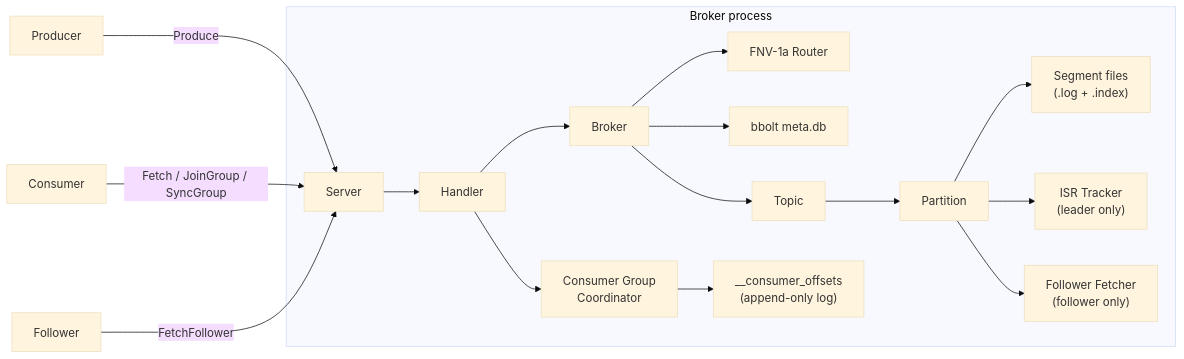
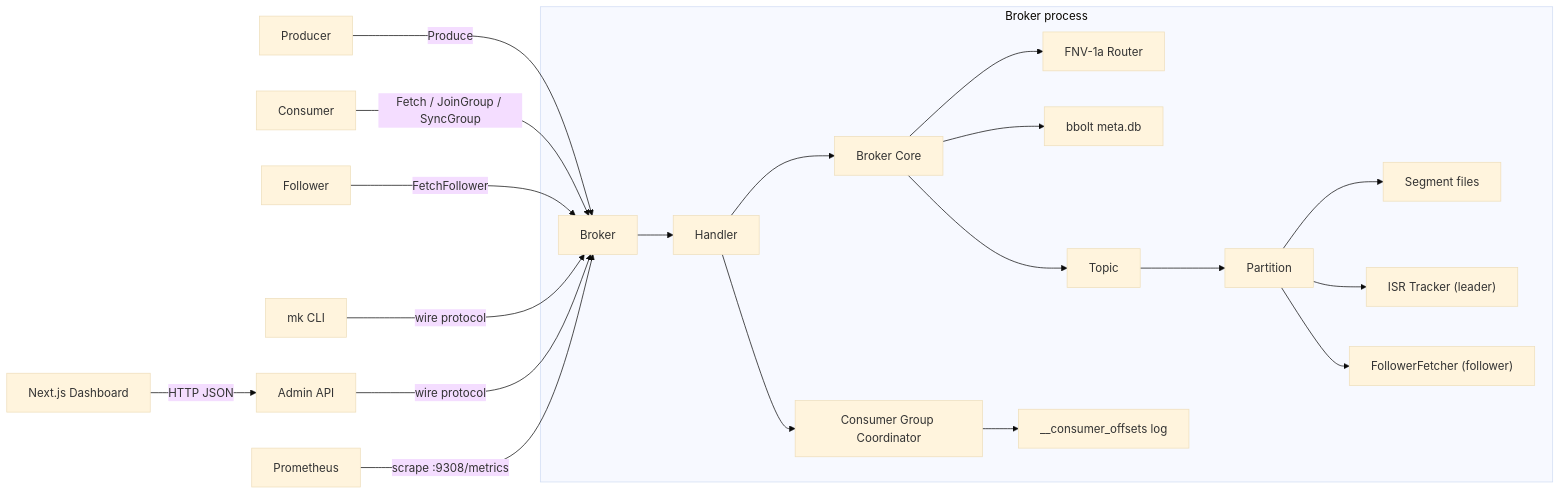
The diagram in README.md (Utkarsh272/mini-kafka), drawn with Mermaid (base theme) before and after one commit. The commit also changed other lines of this file and 8 other files, not shown here.

First line of the commit message:
Day 18: Prometheus metrics, Grafana dashboard, final README

````diff
--- a/README.md
+++ b/README.md
@@ -92,19 +133,23 @@
 ```mermaid
 graph LR
-    Producer -->|Produce| Server
-    Consumer -->|Fetch / JoinGroup / SyncGroup| Server
-    Follower -->|FetchFollower| Server
+    Producer -->|Produce| Broker
+    Consumer -->|Fetch / JoinGroup / SyncGroup| Broker
+    Follower -->|FetchFollower| Broker
+    CLI["mk CLI"] -->|wire protocol| Broker
+    Dashboard["Next.js Dashboard"] -->|HTTP JSON| AdminAPI
+    AdminAPI["Admin API"] -->|wire protocol| Broker
+    Prometheus -->|scrape :9308/metrics| Broker
 
     subgraph "Broker process"
-        Server --> Handler
-        Handler --> Broker
-        Handler --> Coordinator["Consumer Group\nCoordinator"]
-        Broker --> Router["FNV-1a Router"]
-        Broker --> MetaDB["bbolt meta.db"]
-        Broker --> Topic --> Partition
-        Partition --> Log["Segment files\n(.log + .index)"]
-        Partition --> ISR["ISR Tracker\n(leader only)"]
-        Partition --> Fetcher["Follower Fetcher\n(follower only)"]
-        Coordinator --> OffsetStore["__consumer_offsets\n(append-only log)"]
+        Broker --> Handler
+        Handler --> BrokerCore["Broker Core"]
+        Handler --> Coordinator["Consumer Group Coordinator"]
+        BrokerCore --> Router["FNV-1a Router"]
+        BrokerCore --> MetaDB["bbolt meta.db"]
+        BrokerCore --> Topic --> Partition
+        Partition --> Log["Segment files"]
+        Partition --> ISR["ISR Tracker (leader)"]
+        Partition --> Fetcher["FollowerFetcher (follower)"]
+        Coordinator --> OffsetStore["__consumer_offsets log"]
     end
 ```
````
